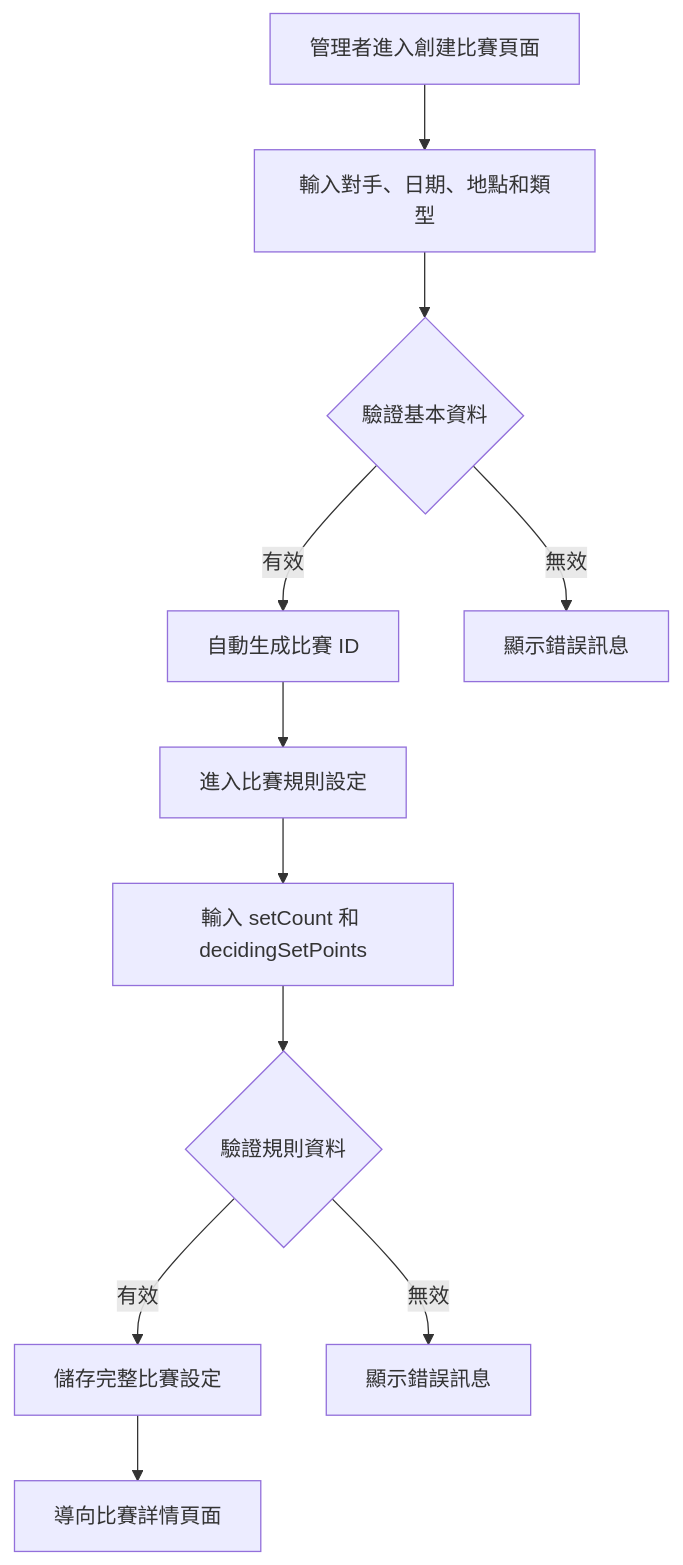
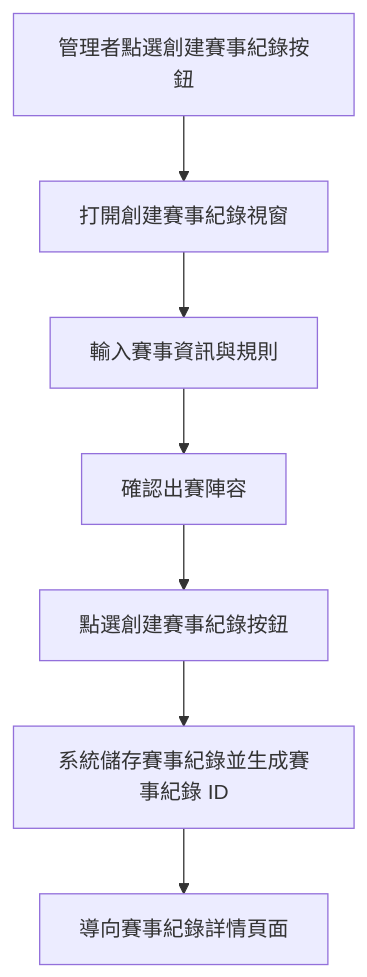
The first of 4 diagrams in docs/02_functional_requirements/03_tw_match_record.md (andrewck24/volleybro), drawn with Mermaid before and after one commit. The commit also changed other lines of this file and 12 other files, not shown here.

````diff
--- a/docs/02_functional_requirements/03_tw_match_record.md
+++ b/docs/02_functional_requirements/03_tw_match_record.md
@@ -28,13 +27,9 @@
   ```mermaid
   graph TD
-    A[管理者進入創建比賽頁面] --> B[輸入對手、日期、地點和類型]
-    B --> C{驗證基本資料}
-    C -->|有效| D[自動生成比賽 ID]
-    C -->|無效| E[顯示錯誤訊息]
-    D --> F[進入比賽規則設定]
-    F --> G[輸入 setCount 和 decidingSetPoints]
-    G --> H{驗證規則資料}
-    H -->|有效| I[儲存完整比賽設定]
-    H -->|無效| J[顯示錯誤訊息]
-    I --> K[導向比賽詳情頁面]
+    A[管理者點選創建賽事紀錄按鈕] --> B[打開創建賽事紀錄視窗]
+    B --> C[輸入賽事資訊與規則]
+    C --> D[確認出賽陣容]
+    D --> E[點選創建賽事紀錄按鈕]
+    E --> F[系統儲存賽事紀錄並生成賽事紀錄 ID]
+    F --> G[導向賽事紀錄詳情頁面]
   ```
````
